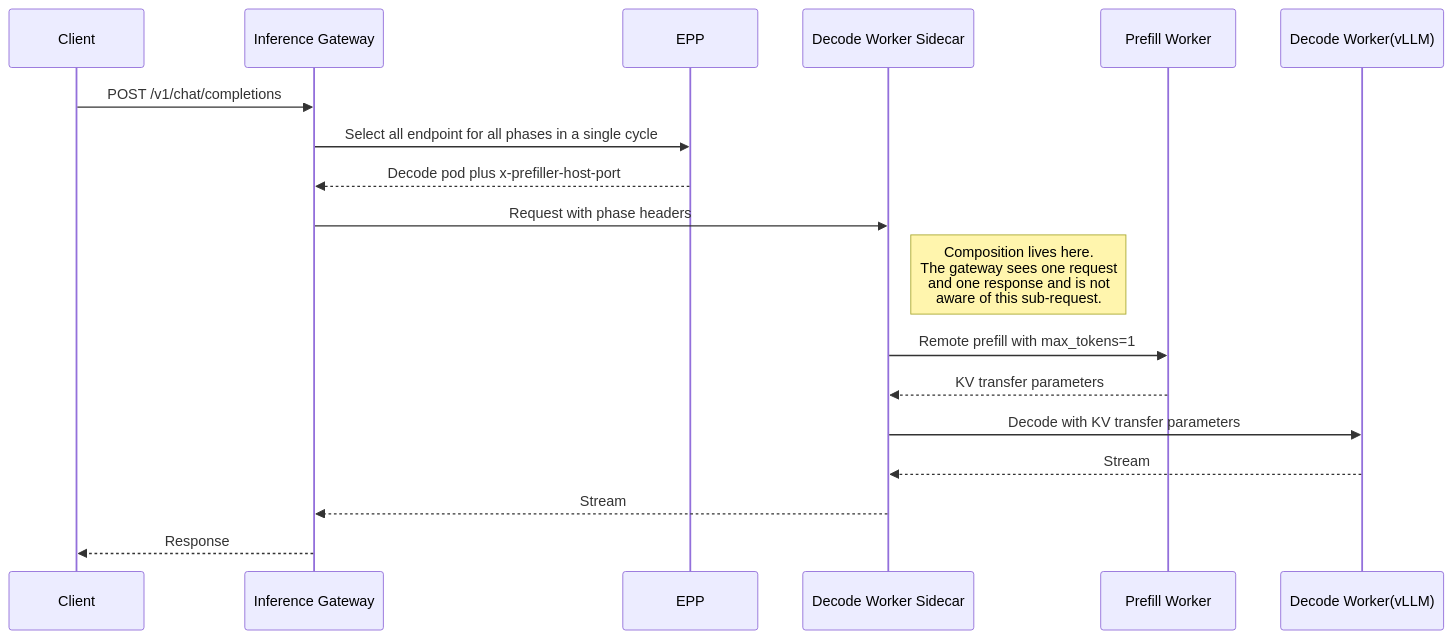
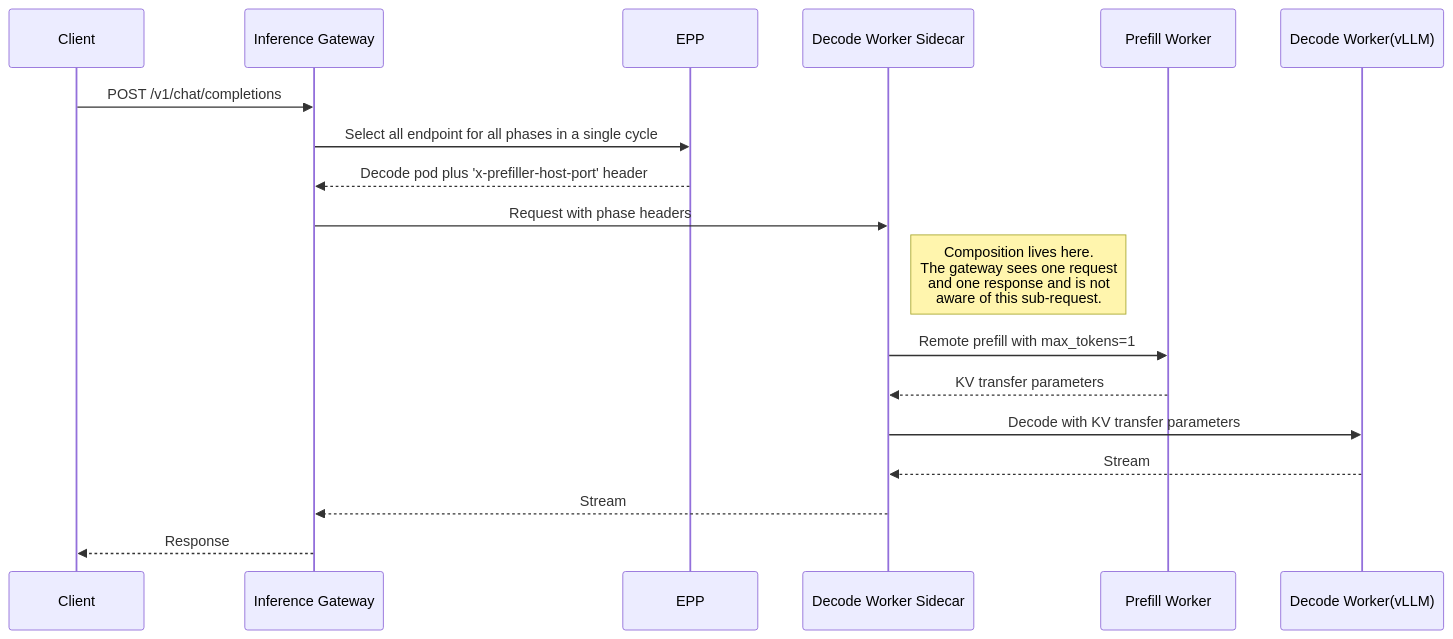
The first of 6 diagrams in geps/gep-5250/index.md (kubernetes-sigs/gateway-api), drawn with Mermaid before and after one commit. The commit also changed other lines of this file, not shown here.

````diff
--- a/geps/gep-5250/index.md
+++ b/geps/gep-5250/index.md
@@ -188,21 +164,21 @@
 ```mermaid
 sequenceDiagram
     participant C as Client
     participant GW as Inference Gateway
     participant EPP as EPP
     participant SC as Decode Worker Sidecar
     participant P as Prefill Worker
     participant D as Decode Worker(vLLM)
 
     C->>GW: POST /v1/chat/completions
     GW->>EPP: Select all endpoint for all phases in a single cycle
-    EPP-->>GW: Decode pod plus x-prefiller-host-port
+    EPP-->>GW: Decode pod plus 'x-prefiller-host-port' header
     GW->>SC: Request with phase headers
     Note right of SC: Composition lives here.<br>The gateway sees one request<br>and one response and is not <br> aware of this sub-request.
     SC->>P: Remote prefill with max_tokens=1
     P-->>SC: KV transfer parameters
     SC->>D: Decode with KV transfer parameters
     D-->>SC: Stream
     SC-->>GW: Stream
     GW-->>C: Response
 ```
````
